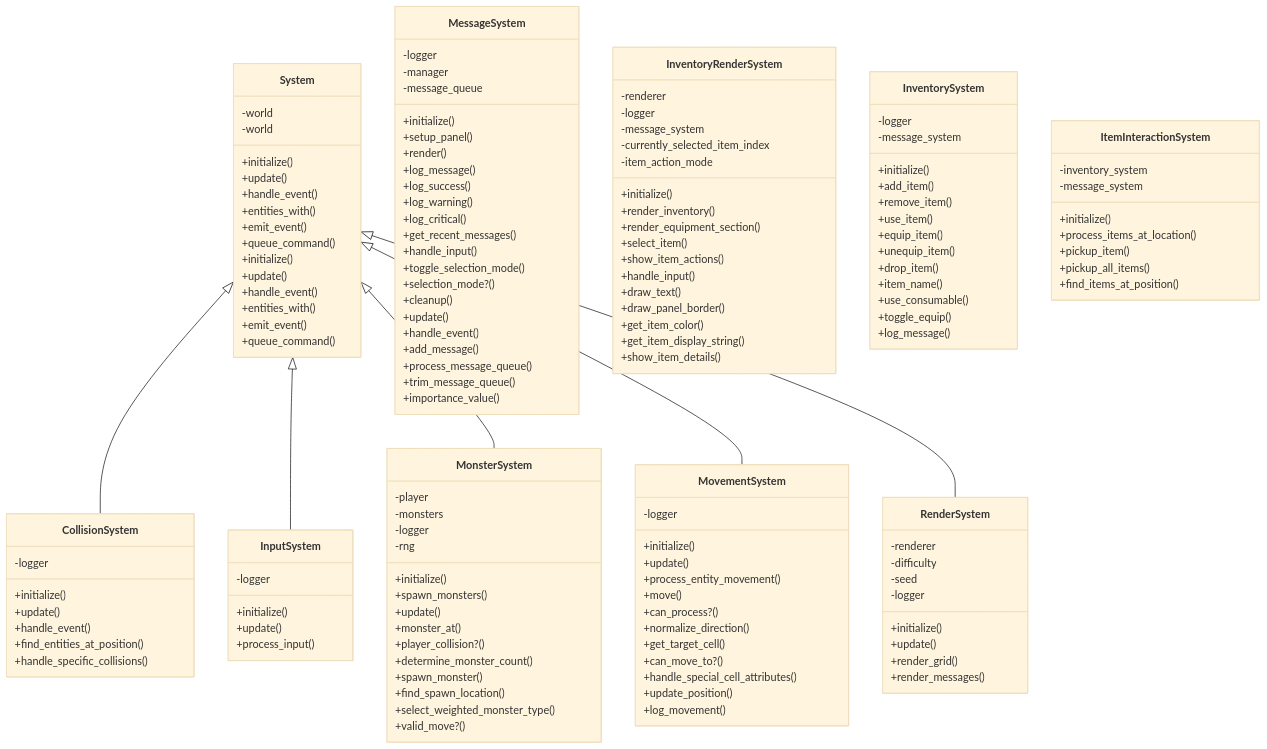
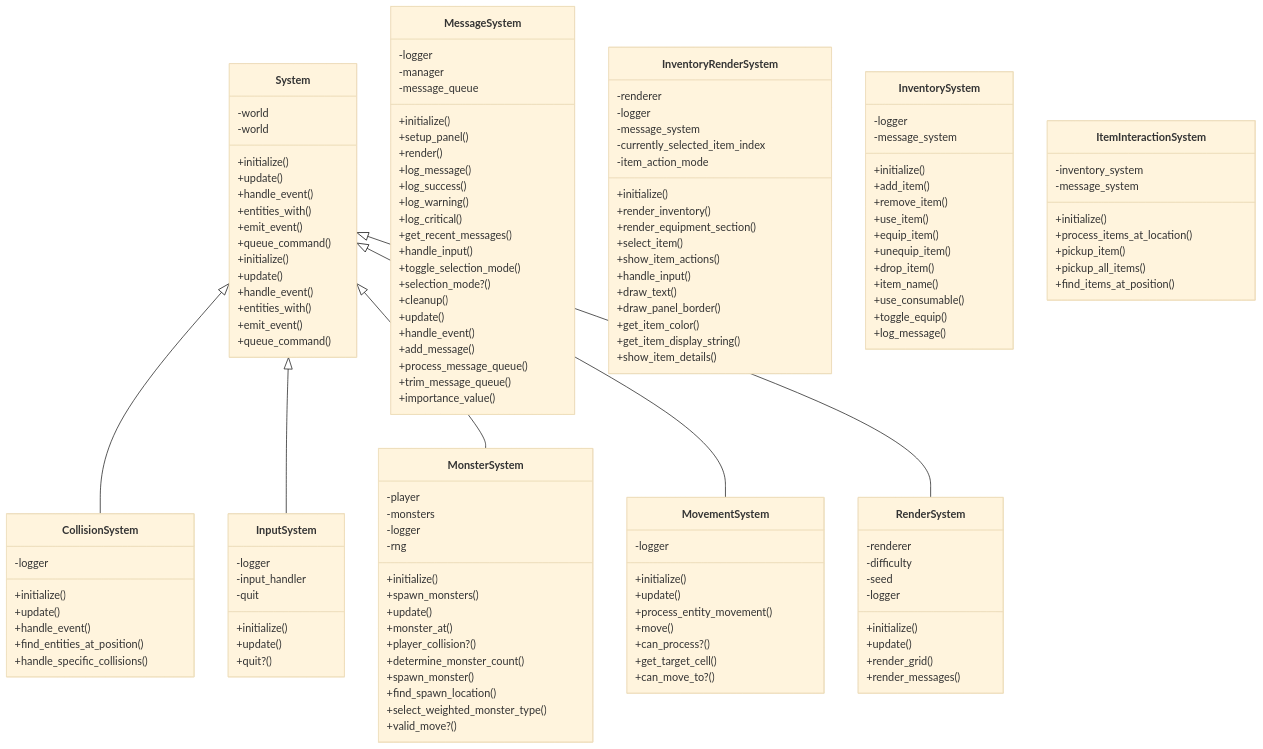
The diagram in documents/diagrams/systems.mmd (Davidslv/vanilla-roguelike), drawn with Mermaid (base theme) before and after one commit. The commit also changed 3 other files, not shown here.

Commit message:
Update diagrams

```diff
--- a/documents/diagrams/systems.mmd
+++ b/documents/diagrams/systems.mmd
@@ -1,148 +1,146 @@
 classDiagram
   subgraph Core
     class System {
       -world
       +initialize()
       +update()
       +handle_event()
       +entities_with()
       +emit_event()
       +queue_command()
     }
   end
   subgraph Systems
     class MessageSystem {
       -logger
       -manager
       -message_queue
       +initialize()
       +setup_panel()
       +render()
       +log_message()
       +log_success()
       +log_warning()
       +log_critical()
       +get_recent_messages()
       +handle_input()
       +toggle_selection_mode()
       +selection_mode?()
       +cleanup()
       +update()
       +handle_event()
       +add_message()
       +process_message_queue()
       +trim_message_queue()
       +importance_value()
     }
     class CollisionSystem {
       -logger
       +initialize()
       +update()
       +handle_event()
       +find_entities_at_position()
       +handle_specific_collisions()
     }
     System <|-- CollisionSystem
     class InputSystem {
       -logger
+      -input_handler
+      -quit
       +initialize()
       +update()
-      +process_input()
+      +quit?()
     }
     System <|-- InputSystem
     class InventoryRenderSystem {
       -renderer
       -logger
       -message_system
       -currently_selected_item_index
       -item_action_mode
       +initialize()
       +render_inventory()
       +render_equipment_section()
       +select_item()
       +show_item_actions()
       +handle_input()
       +draw_text()
       +draw_panel_border()
       +get_item_color()
       +get_item_display_string()
       +show_item_details()
     }
     class InventorySystem {
       -logger
       -message_system
       +initialize()
       +add_item()
       +remove_item()
       +use_item()
       +equip_item()
       +unequip_item()
       +drop_item()
       +item_name()
       +use_consumable()
       +toggle_equip()
       +log_message()
     }
     class ItemInteractionSystem {
       -inventory_system
       -message_system
       +initialize()
       +process_items_at_location()
       +pickup_item()
       +pickup_all_items()
       +find_items_at_position()
     }
     class MonsterSystem {
       -player
       -monsters
       -logger
       -rng
       +initialize()
       +spawn_monsters()
       +update()
       +monster_at()
       +player_collision?()
       +determine_monster_count()
       +spawn_monster()
       +find_spawn_location()
       +select_weighted_monster_type()
       +valid_move?()
     }
     System <|-- MonsterSystem
     class MovementSystem {
       -logger
       +initialize()
       +update()
       +process_entity_movement()
       +move()
       +can_process?()
-      +normalize_direction()
       +get_target_cell()
       +can_move_to?()
-      +handle_special_cell_attributes()
-      +update_position()
-      +log_movement()
     }
     System <|-- MovementSystem
     class RenderSystem {
       -renderer
       -difficulty
       -seed
       -logger
       +initialize()
       +update()
       +render_grid()
       +render_messages()
     }
     System <|-- RenderSystem
     class System {
       -world
       +initialize()
       +update()
       +handle_event()
       +entities_with()
       +emit_event()
       +queue_command()
     }
   end
   %% Relationships
```
